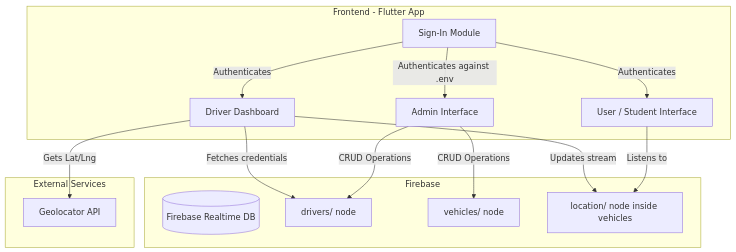
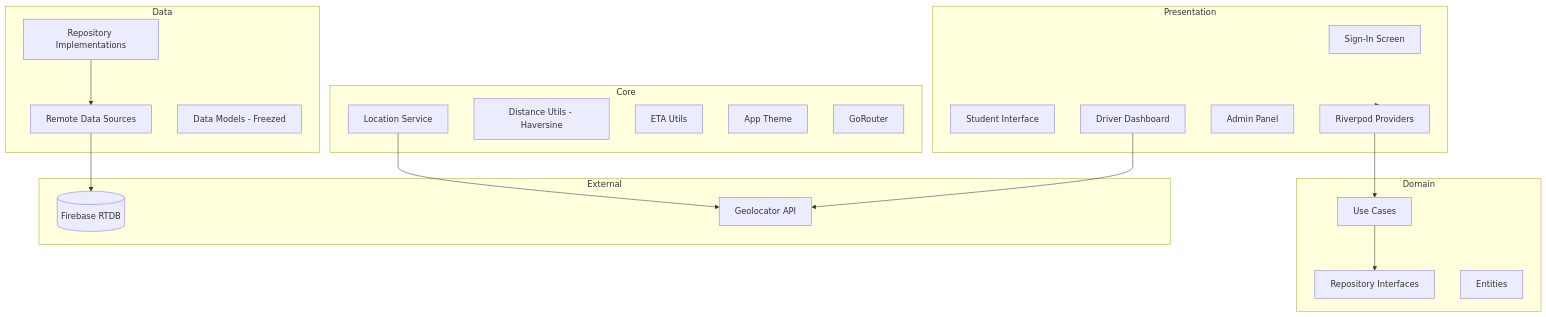
Before and after one commit to anupam9919/Real-Time-Vehicle-Tracking-System: the first of 3 diagrams in README.md, drawn with Mermaid. The commit also changed other lines of this file, not shown here.

Commit message:
docs: Update README with expanded features, a detailed tech stack table, a Clean Architecture diagram, and a comprehensive project structure.

````diff
--- a/README.md
+++ b/README.md
@@ -22,33 +35,43 @@
 ```mermaid
 graph TD
-    subgraph Frontend - Flutter App
-        SignIn[Sign-In Module]
-        UserApp[User / Student Interface]
+    subgraph Presentation
+        SignIn[Sign-In Screen]
+        UserApp[Student Interface]
         DriverApp[Driver Dashboard]
-        AdminApp[Admin Interface]
+        AdminApp[Admin Panel]
+        Providers[Riverpod Providers]
     end
 
-    subgraph Firebase
-        FDB[(Firebase Realtime DB)]
-        NodeDrivers[drivers/ node]
-        NodeVehicles[vehicles/ node]
-        NodeLocation[location/ node inside vehicles]
+    subgraph Domain
+        UseCases[Use Cases]
+        Repos[Repository Interfaces]
+        Entities[Entities]
     end
 
-    subgraph External Services
+    subgraph Data
+        RepoImpl[Repository Implementations]
+        DataSources[Remote Data Sources]
+        Models[Data Models - Freezed]
+    end
+
+    subgraph Core
+        LocationSvc[Location Service]
+        DistUtils[Distance Utils - Haversine]
+        EtaUtils[ETA Utils]
+        Theme[App Theme]
+        Router[GoRouter]
+    end
+
+    subgraph External
+        Firebase[(Firebase RTDB)]
         Geolocator[Geolocator API]
     end
 
-    SignIn -->|Authenticates| UserApp
-    SignIn -->|Authenticates against .env| AdminApp
-    SignIn -->|Authenticates| DriverApp
-    DriverApp -->|Fetches credentials| NodeDrivers
-
-    DriverApp -->|Gets Lat/Lng| Geolocator
-    DriverApp -->|Updates stream| NodeLocation
-    
-    AdminApp -->|CRUD Operations| NodeVehicles
-    AdminApp -->|CRUD Operations| NodeDrivers
-    
-    UserApp -->|Listens to| NodeLocation
+    Presentation --> Providers
+    Providers --> UseCases
+    UseCases --> Repos
+    RepoImpl --> DataSources
+    DataSources --> Firebase
+    DriverApp --> Geolocator
+    LocationSvc --> Geolocator
 ```
````
